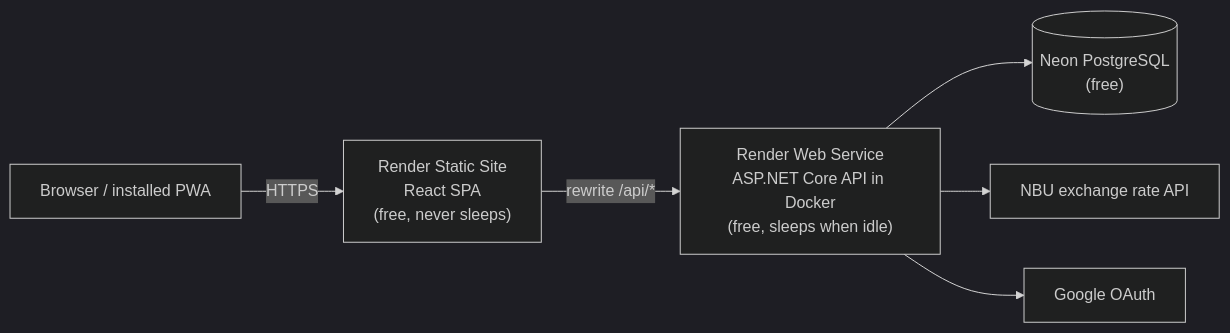
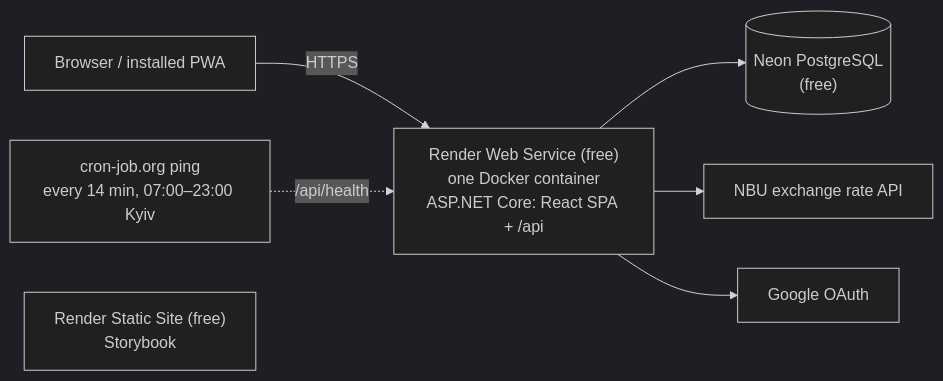
Before and after one commit to yuliaBiriukova/PupBudgetPlanner: the first of 3 diagrams in docs/ARCHITECTURE.md, drawn with Mermaid (dark theme). The commit also changed other lines of this file and 38 other files, not shown here.

````diff
--- a/docs/ARCHITECTURE.md
+++ b/docs/ARCHITECTURE.md
@@ -10,8 +11,9 @@
 ```mermaid
 flowchart LR
-    U[Browser / installed PWA] -->|HTTPS| S["Render Static Site<br/>React SPA<br/>(free, never sleeps)"]
-    S -->|"rewrite /api/*"| A["Render Web Service<br/>ASP.NET Core API in Docker<br/>(free, sleeps when idle)"]
+    U[Browser / installed PWA] -->|HTTPS| A["Render Web Service (free)<br/>one Docker container<br/>ASP.NET Core: React SPA + /api"]
     A --> D[("Neon PostgreSQL<br/>(free)")]
     A --> N[NBU exchange rate API]
     A --> G[Google OAuth]
+    P["cron-job.org ping<br/>every 14 min, 07:00–23:00 Kyiv"] -.->|"/api/health"| A
+    SB["Render Static Site (free)<br/>Storybook"]
 ```
````
